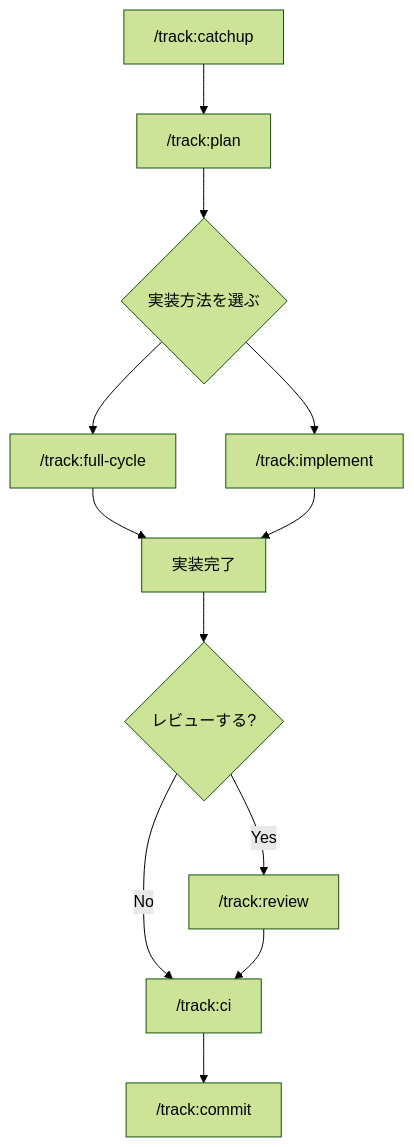
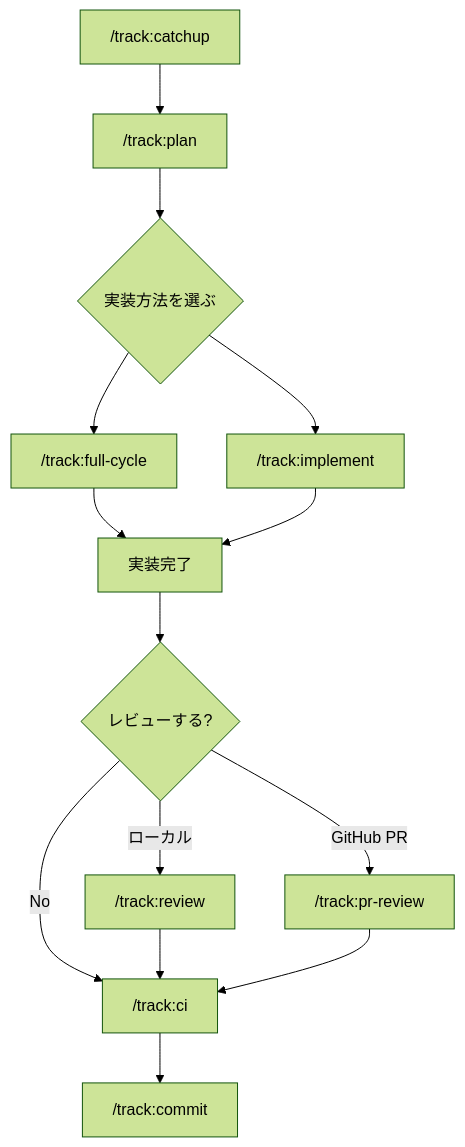
The diagram in DEVELOPER_AI_WORKFLOW.md (Flip451/SoTOHE-core), drawn with Mermaid (forest theme) before and after one commit. The commit also changed other lines of this file and 13 other files, not shown here.

Commit message:
feat: add /track:pr-review command for GitHub PR-based review cycle via Codex Cloud

````diff
--- a/DEVELOPER_AI_WORKFLOW.md
+++ b/DEVELOPER_AI_WORKFLOW.md
@@ -58,14 +58,16 @@
 ```mermaid
 flowchart TD
     A["/track:catchup"] --> B["/track:plan <feature>"]
     B --> D{実装方法を選ぶ}
     D --> E["/track:full-cycle <task>"]
     D --> F["/track:implement"]
     E --> G["実装完了"]
     F --> G
     G --> H{"レビューする?"}
-    H -->|Yes| I["/track:review"]
+    H -->|"ローカル"| I["/track:review"]
+    H -->|"GitHub PR"| I2["/track:pr-review"]
     H -->|No| J["/track:ci"]
     I --> J
+    I2 --> J
     J --> K["/track:commit <message>"]
 ```
````
